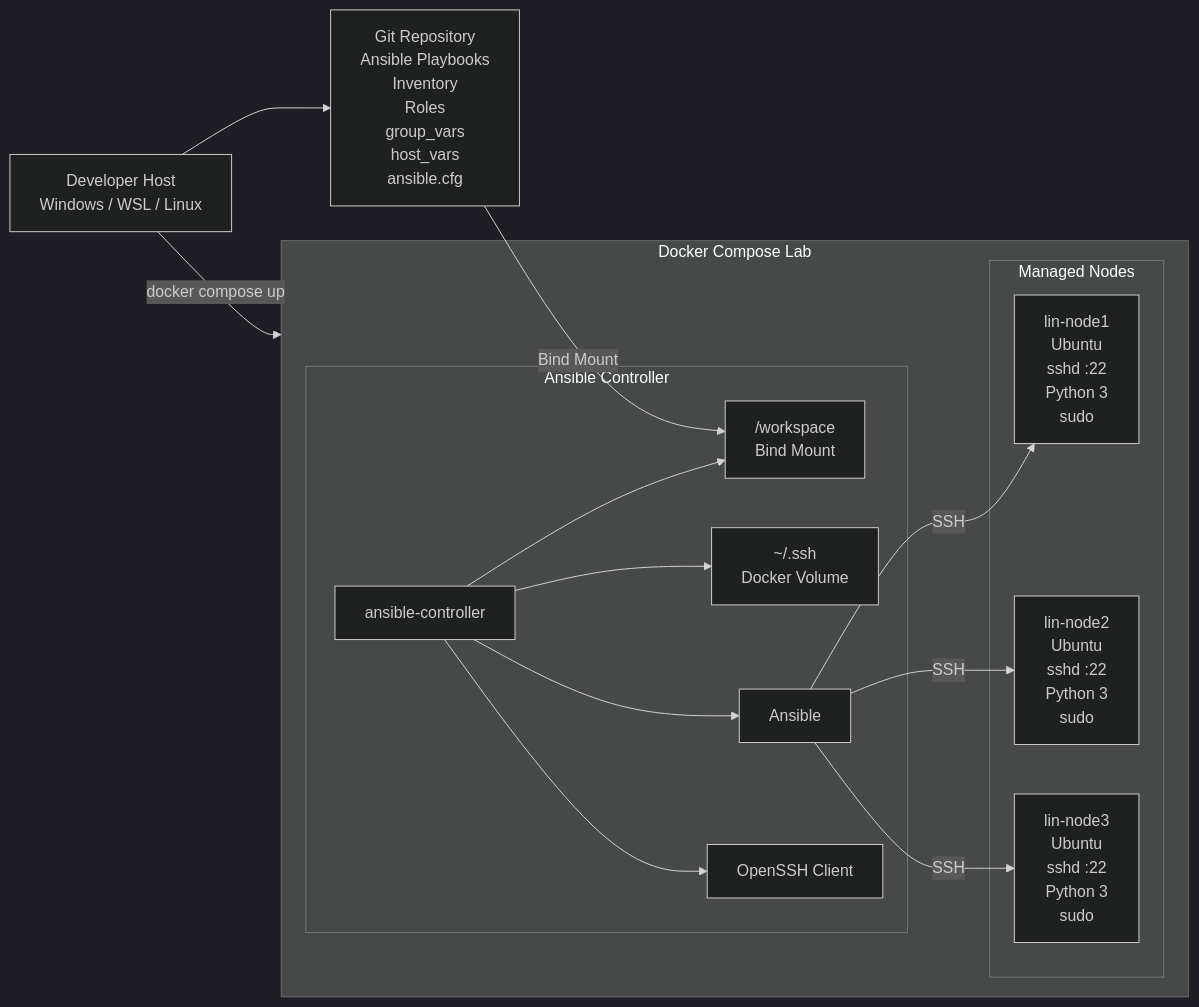
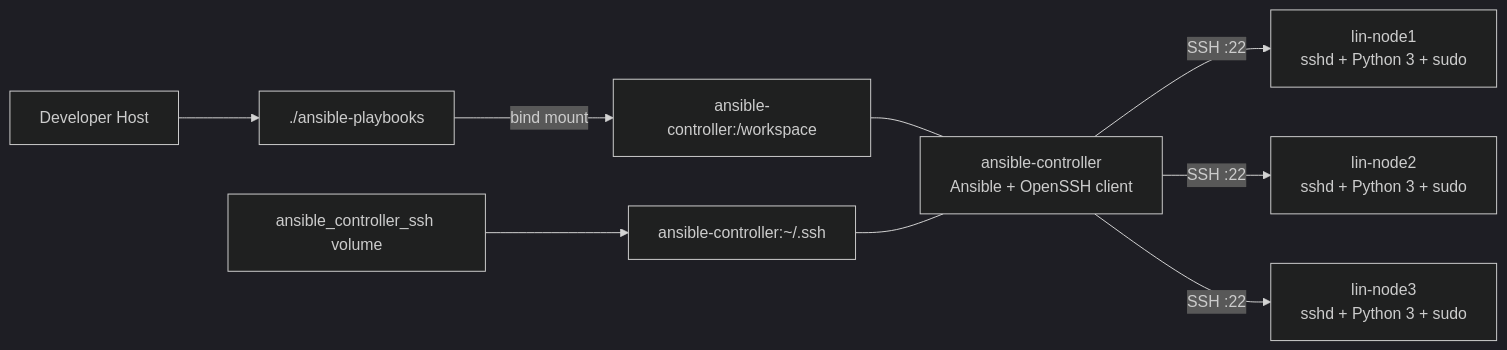
Before and after one commit to ongeziwe17/ansible-lab101: the diagram in README.md, drawn with Mermaid (dark theme). The commit also changed other lines of this file and 12 other files, not shown here.

Commit message:
Fix Ansible lab Docker and SSH bootstrap

````diff
--- a/README.md
+++ b/README.md
@@ -75,36 +30,11 @@
 ```mermaid
 flowchart LR
-    HOST["Developer Host<br/>Windows / WSL / Linux"]
-
-    GIT["Git Repository<br/>Ansible Playbooks<br/>Inventory<br/>Roles<br/>group_vars<br/>host_vars<br/>ansible.cfg"]
-
-    subgraph DOCKER["Docker Compose Lab"]
-
-        subgraph CONTROLLER["Ansible Controller"]
-            AC["ansible-controller"]
-            WORKSPACE["/workspace<br/>Bind Mount"]
-            SSHVOL["~/.ssh<br/>Docker Volume"]
-            ANSIBLE["Ansible"]
-            SSHCLIENT["OpenSSH Client"]
-
-            AC --> WORKSPACE
-            AC --> SSHVOL
-            AC --> ANSIBLE
-            AC --> SSHCLIENT
-        end
-
-        subgraph MANAGED["Managed Nodes"]
-            NODE1["lin-node1<br/>Ubuntu<br/>sshd :22<br/>Python 3<br/>sudo"]
-            NODE2["lin-node2<br/>Ubuntu<br/>sshd :22<br/>Python 3<br/>sudo"]
-            NODE3["lin-node3<br/>Ubuntu<br/>sshd :22<br/>Python 3<br/>sudo"]
-        end
-
-        ANSIBLE -->|"SSH"| NODE1
-        ANSIBLE -->|"SSH"| NODE2
-        ANSIBLE -->|"SSH"| NODE3
-    end
-
-    HOST --> GIT
-    GIT -->|"Bind Mount"| WORKSPACE
-    HOST -->|"docker compose up"| DOCKER
+    HOST["Developer Host"] --> PROJECT["./ansible-playbooks"]
+    PROJECT -->|"bind mount"| WORKSPACE["ansible-controller:/workspace"]
+    SSHVOL["ansible_controller_ssh volume"] --> SSHDIR["ansible-controller:~/.ssh"]
+    CONTROLLER["ansible-controller<br/>Ansible + OpenSSH client"] -->|"SSH :22"| NODE1["lin-node1<br/>sshd + Python 3 + sudo"]
+    CONTROLLER -->|"SSH :22"| NODE2["lin-node2<br/>sshd + Python 3 + sudo"]
+    CONTROLLER -->|"SSH :22"| NODE3["lin-node3<br/>sshd + Python 3 + sudo"]
+    WORKSPACE --- CONTROLLER
+    SSHDIR --- CONTROLLER
 ```
````
